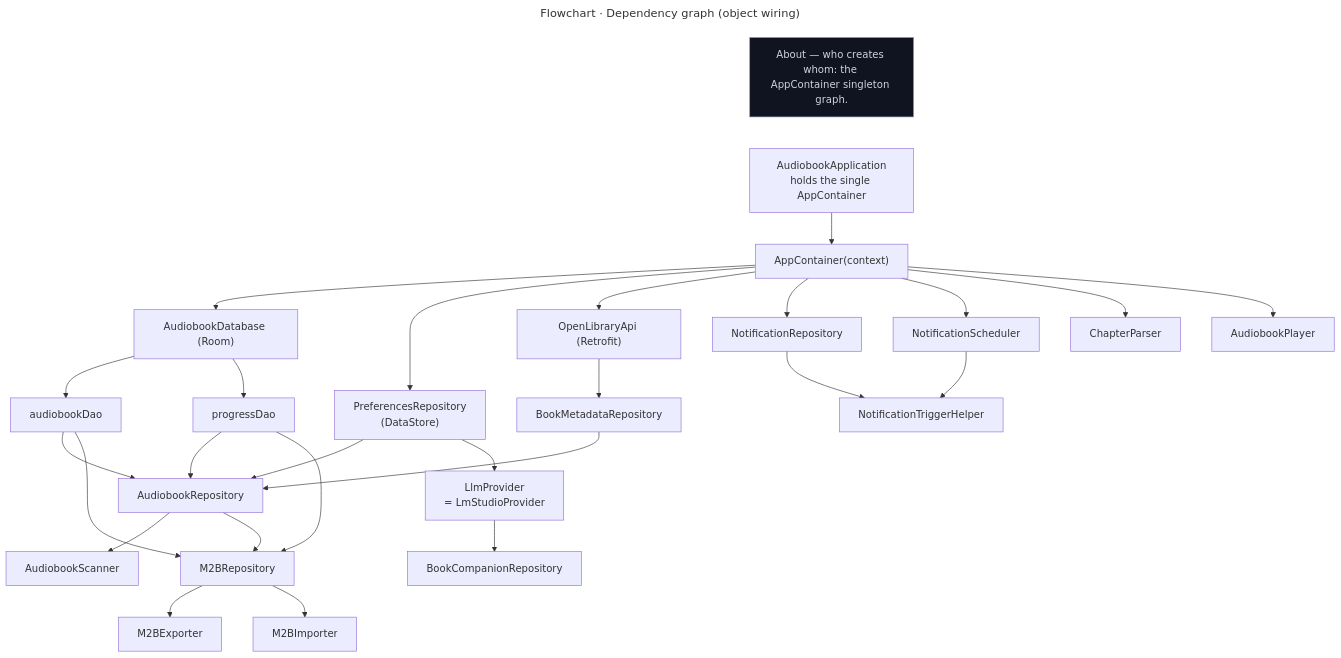
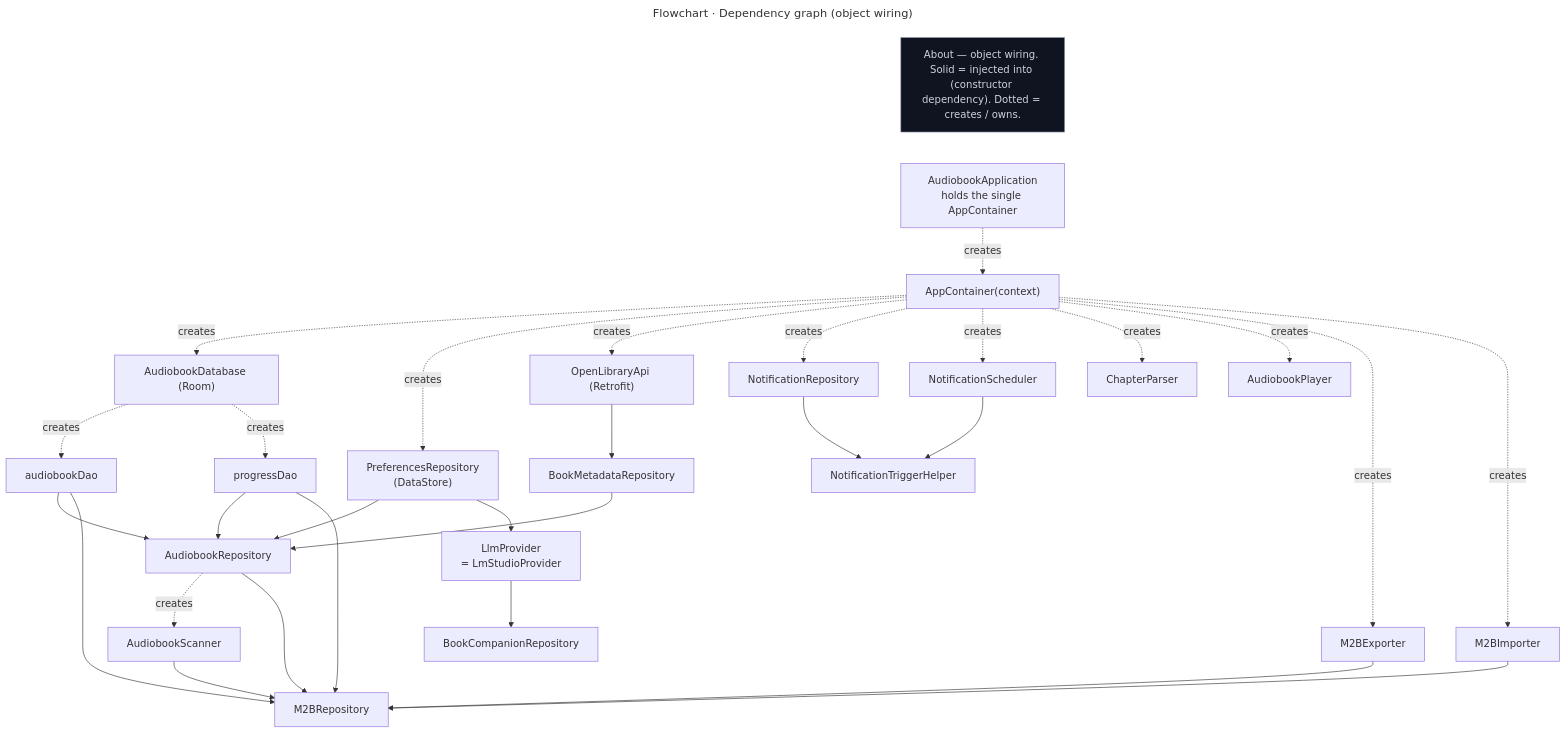
One commit to DICEsda/Mobile-Application-Development-COURSE changed the third of 9 diagrams in Final Submission Project/ARCHITECTURE.md. Above: the diagram before and after it, drawn with Mermaid. The commit also changed other lines of this file and 2 other files, not shown here.

Commit message:
docs: fix dependency-graph arrows; add LLM processing diagram
- ARCHITECTURE.md §3: standardize arrow semantics (solid = injected into,
  dotted = creates/owns); flip the reversed M2BExporter/M2BImporter edges,
  add the Scanner -> M2BRepository edge, and add a "reading the arrows" note.
- Regenerate docs/diagrams/03-dependency-graph.png to match.
- Add docs/diagrams/10-llm-processing.png: the strict LLM processing pipeline
  (inputs -> grounding -> message assembly -> wire payload -> inference -> SSE).

````diff
--- a/Final Submission Project/ARCHITECTURE.md
+++ b/Final Submission Project/ARCHITECTURE.md
@@ -144,41 +151,49 @@
 ```mermaid
 ---
 title: "Flowchart · Dependency graph (object wiring)"
 ---
 flowchart TD
     classDef about fill:#0f1420,stroke:#8a93a6,color:#cdd3df
-    CARD["About — who creates whom: the AppContainer singleton graph."]:::about
+    CARD["About — object wiring. Solid = injected into (constructor dependency). Dotted = creates / owns."]:::about
     CARD ~~~ App
-    App["AudiobookApplication<br/>holds the single AppContainer"] --> Container["AppContainer(context)"]
+    App["AudiobookApplication<br/>holds the single AppContainer"] -. creates .-> Container["AppContainer(context)"]
 
-    Container --> DB["AudiobookDatabase (Room)"]
-    DB --> AudioDao["audiobookDao"]
-    DB --> ProgDao["progressDao"]
+    %% Composition root creates the leaf objects and the database
+    Container -. creates .-> DB["AudiobookDatabase (Room)"]
+    Container -. creates .-> Prefs["PreferencesRepository<br/>(DataStore)"]
+    Container -. creates .-> ApiClient["OpenLibraryApi (Retrofit)"]
+    Container -. creates .-> NotifRepo["NotificationRepository"]
+    Container -. creates .-> NotifSched["NotificationScheduler"]
+    Container -. creates .-> ChapParser["ChapterParser"]
+    Container -. creates .-> AudioPlayer["AudiobookPlayer"]
+    Container -. creates .-> Exp["M2BExporter"]
+    Container -. creates .-> Imp["M2BImporter"]
 
-    Container --> Prefs["PreferencesRepository<br/>(DataStore)"]
-    Container --> ApiClient["OpenLibraryApi (Retrofit)"]
+    %% Room database exposes its DAOs
+    DB -. creates .-> AudioDao["audiobookDao"]
+    DB -. creates .-> ProgDao["progressDao"]
+
+    %% Injected dependencies (solid): A is a constructor argument of B
     ApiClient --> MetaRepo["BookMetadataRepository"]
 
     AudioDao --> AudioRepo["AudiobookRepository"]
     ProgDao --> AudioRepo
     Prefs --> AudioRepo
     MetaRepo --> AudioRepo
-    AudioRepo --> Scanner["AudiobookScanner"]
 
-    AudioRepo --> M2BRepo["M2BRepository"]
+    %% AudiobookRepository creates its own scanner; the scanner is then injected into M2BRepository
+    AudioRepo -. creates .-> Scanner["AudiobookScanner"]
+
+    Exp --> M2BRepo["M2BRepository"]
+    Imp --> M2BRepo
     AudioDao --> M2BRepo
     ProgDao --> M2BRepo
-    M2BRepo --> Exp["M2BExporter"]
-    M2BRepo --> Imp["M2BImporter"]
+    Scanner --> M2BRepo
+    AudioRepo --> M2BRepo
 
     Prefs --> LlmProv["LlmProvider<br/>= LmStudioProvider"]
     LlmProv --> CompRepo["BookCompanionRepository"]
 
-    Container --> NotifRepo["NotificationRepository"]
-    Container --> NotifSched["NotificationScheduler"]
     NotifRepo --> TrigHelper["NotificationTriggerHelper"]
     NotifSched --> TrigHelper
-
-    Container --> ChapParser["ChapterParser"]
-    Container --> AudioPlayer["AudiobookPlayer"]
 ```
````
